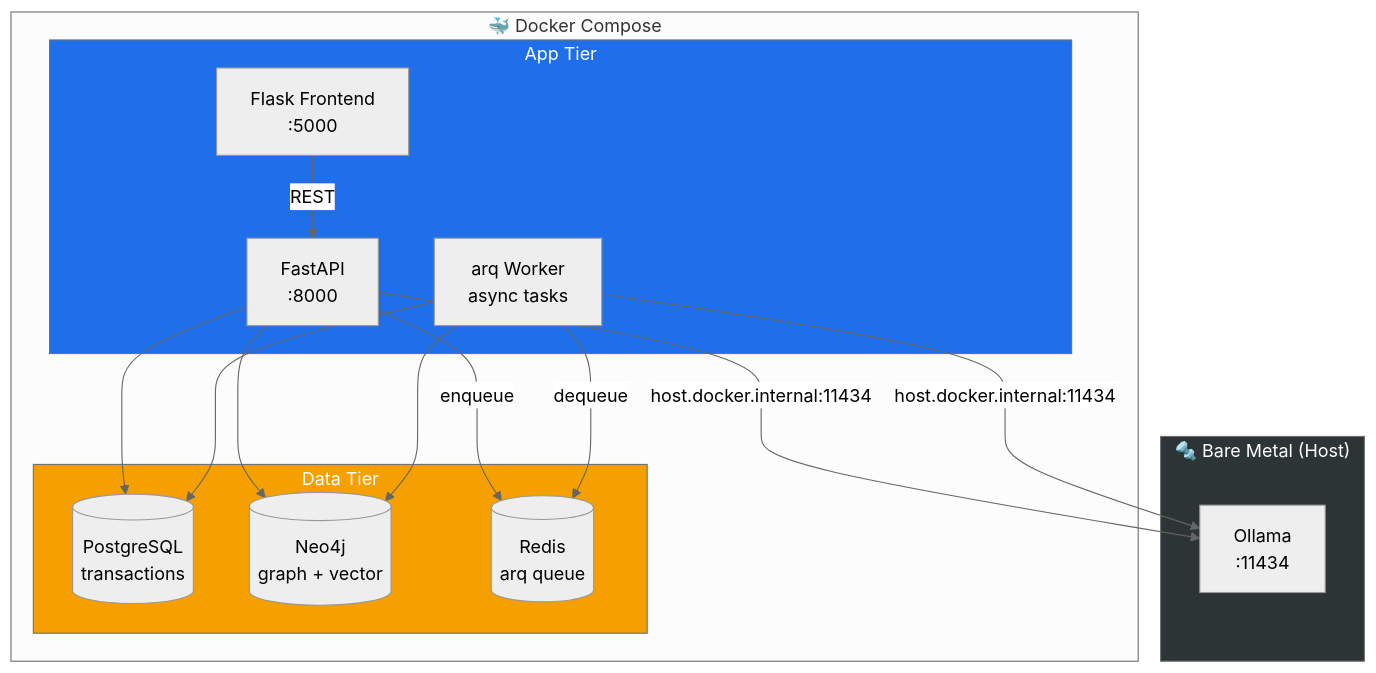
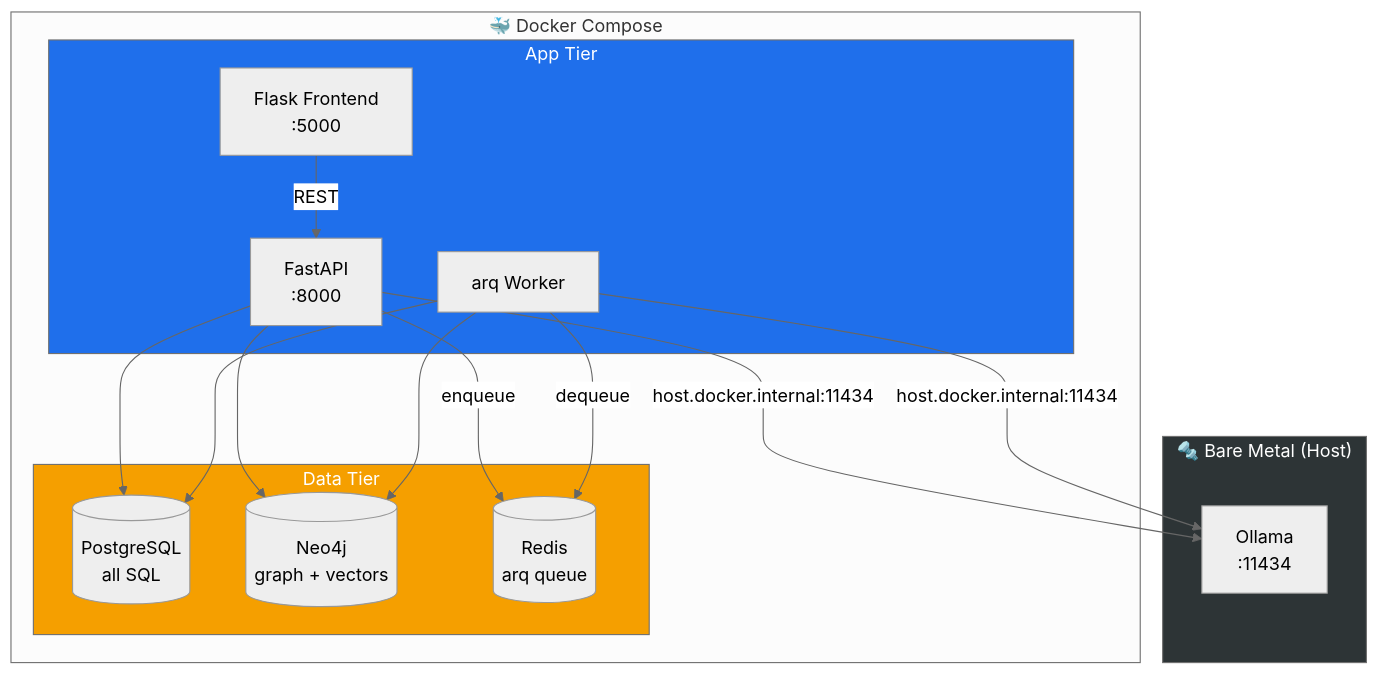
The first of 3 diagrams in README.md (humanaxiom/jd-assistant), drawn with Mermaid (neutral theme) before and after one commit. The commit also changed other lines of this file and 27 other files, not shown here.

````diff
--- a/README.md
+++ b/README.md
@@ -15,32 +17,28 @@
 ```mermaid
 graph TB
     subgraph Metal["🔩 Bare Metal (Host)"]
         OL[Ollama<br/>:11434]
     end
-
     subgraph Docker["🐳 Docker Compose"]
         subgraph AppTier["App Tier"]
             API[FastAPI<br/>:8000]
             FE[Flask Frontend<br/>:5000]
-            WK[arq Worker<br/>async tasks]
+            WK[arq Worker]
         end
         subgraph DataTier["Data Tier"]
-            PG[(PostgreSQL<br/>transactions)]
-            NEO[(Neo4j<br/>graph + vector)]
+            PG[(PostgreSQL<br/>all SQL)]
+            NEO[(Neo4j<br/>graph + vectors)]
             RD[(Redis<br/>arq queue)]
         end
     end
-
     FE -->|REST| API
     API --> PG
     API --> NEO
     API -->|enqueue| RD
     WK -->|dequeue| RD
-    WK --> PG
-    WK --> NEO
+    WK --> PG & NEO
     API & WK -->|host.docker.internal:11434| OL
-
     style Metal fill:#2D3436,color:#fff
     style AppTier fill:#1F6FEB,color:#fff
     style DataTier fill:#F59F00,color:#fff
 ```
````
